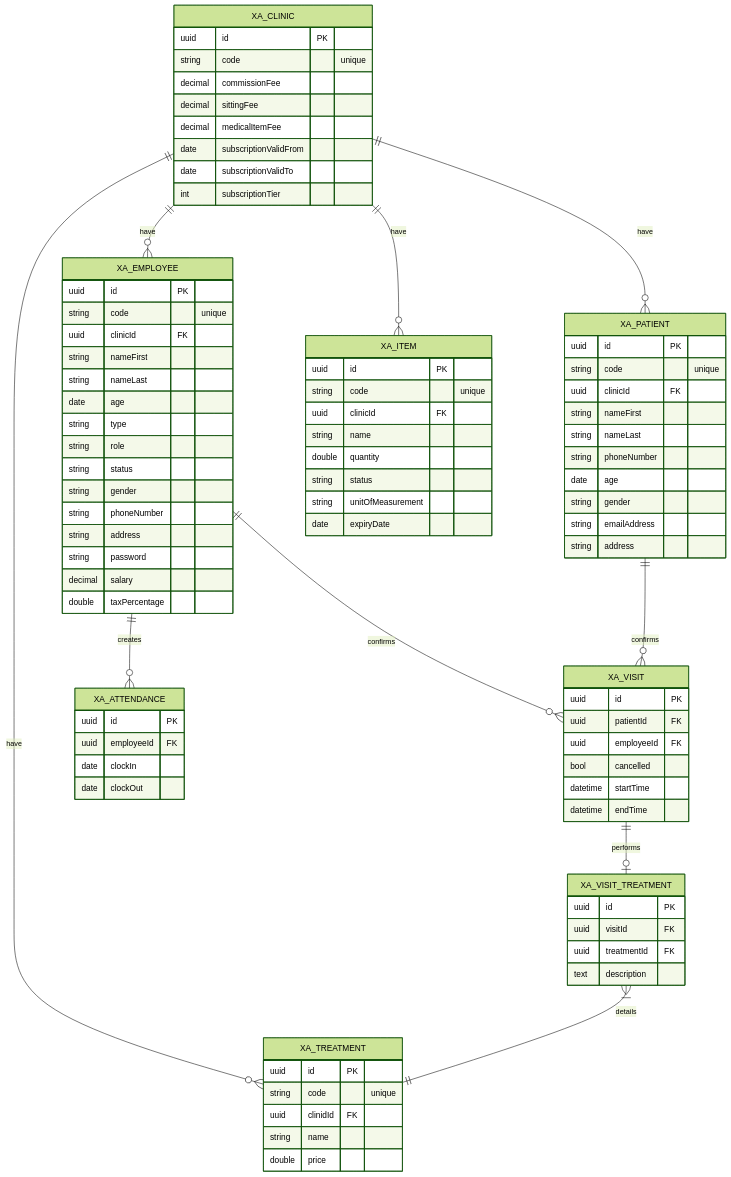
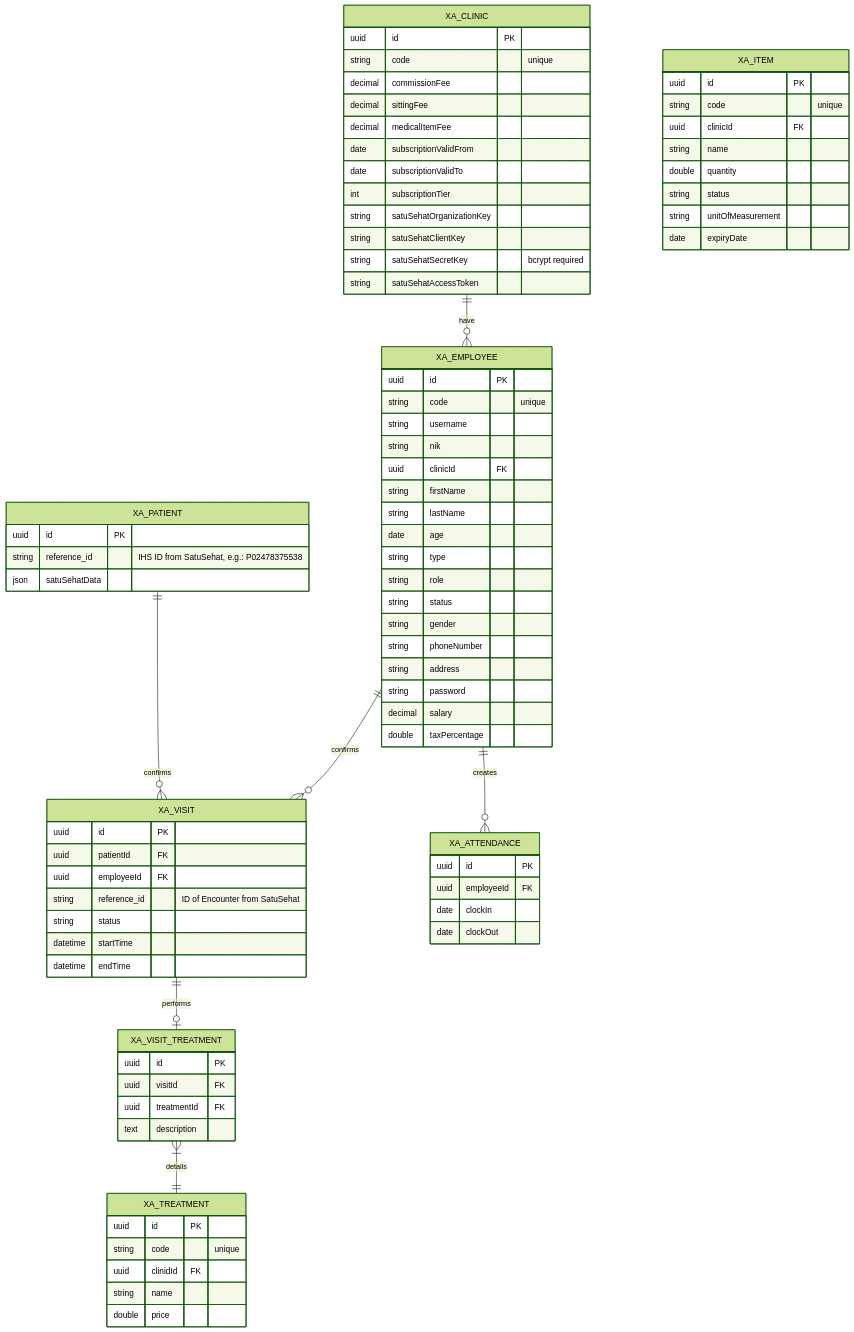
Before and after one commit to acemint/x-admin-backend: the diagram in docs/erd.md, drawn with Mermaid (forest theme). The commit also changed other lines of this file and 2 other files, not shown here.

Commit message:
feat: added docs for user flow and modify erd.md

````diff
--- a/docs/erd.md
+++ b/docs/erd.md
@@ -1,9 +9,6 @@
 ```mermaid
 erDiagram
     XA_CLINIC ||--o{ XA_EMPLOYEE : have
-    XA_CLINIC ||--o{ XA_PATIENT : have
-    XA_CLINIC ||--o{ XA_TREATMENT : have
-    XA_CLINIC ||--o{ XA_ITEM : have
     XA_EMPLOYEE ||--o{ XA_VISIT : confirms
     XA_EMPLOYEE ||--o{ XA_ATTENDANCE : creates
     XA_PATIENT ||--o{ XA_VISIT : confirms
@@ -19,13 +24,19 @@
         date subscriptionValidFrom
         date subscriptionValidTo
         int subscriptionTier
+        string satuSehatOrganizationKey
+        string satuSehatClientKey
+        string satuSehatSecretKey "bcrypt required"
+        string satuSehatAccessToken
     }
     XA_EMPLOYEE {
         uuid id PK
         string code "unique"
+        string username
+        string nik
         uuid clinicId FK
-        string nameFirst
-        string nameLast
+        string firstName
+        string lastName
         date age
         string type
         string role
@@ -39,23 +50,17 @@
     }
     XA_PATIENT {
         uuid id PK
-        string code "unique"
-        uuid clinicId FK
-        string nameFirst
-        string nameLast 
-        string phoneNumber
-        date age
-        string gender
-        string emailAddress
-        string address
+        string reference_id "IHS ID from SatuSehat, e.g.: P02478375538"
+        json satuSehatData
     }
     XA_VISIT {
         uuid id PK
         uuid patientId FK
         uuid employeeId FK
-        bool cancelled
+        string reference_id "ID of Encounter from SatuSehat"
+        string status
         datetime startTime
-        datetime endTime 
+        datetime endTime
     }
     XA_ATTENDANCE {
         uuid id PK
````
